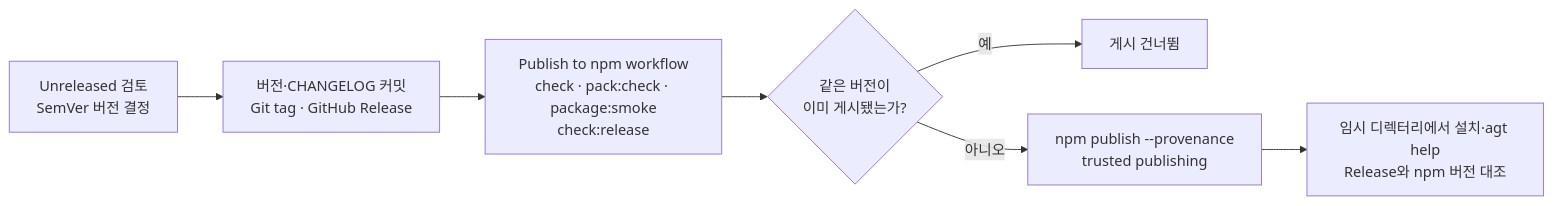
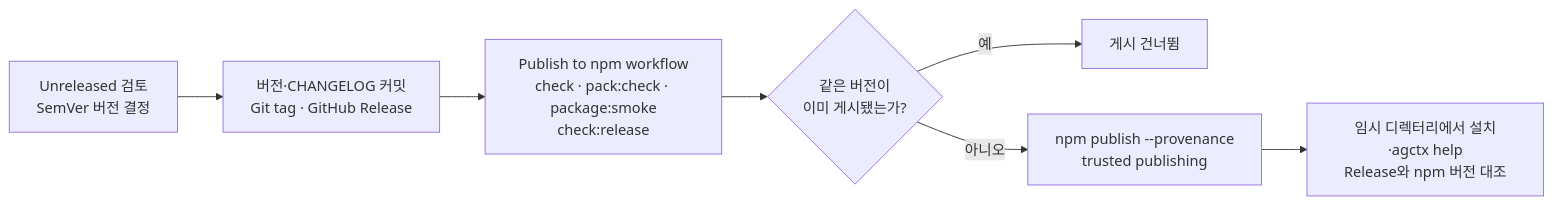
The second of 2 diagrams in docs/repository-operations.md (IsthisLee/agent-context-manager), drawn with Mermaid before and after one commit. The commit also changed other lines of this file and 73 other files, not shown here.

````diff
--- a/docs/repository-operations.md
+++ b/docs/repository-operations.md
@@ -75,9 +75,9 @@
 ```mermaid
 flowchart LR
   CHANGE["Unreleased 검토<br/>SemVer 버전 결정"] --> TAG["버전·CHANGELOG 커밋<br/>Git tag · GitHub Release"]
   TAG --> WF["Publish to npm workflow<br/>check · pack:check · package:smoke<br/>check:release"]
   WF --> EXIST{"같은 버전이<br/>이미 게시됐는가?"}
   EXIST -->|"예"| SKIP["게시 건너뜀"]
   EXIST -->|"아니오"| PUBLISH["npm publish --provenance<br/>trusted publishing"]
-  PUBLISH --> CONFIRM["임시 디렉터리에서 설치·agt help<br/>Release와 npm 버전 대조"]
+  PUBLISH --> CONFIRM["임시 디렉터리에서 설치·agctx help<br/>Release와 npm 버전 대조"]
 ```
````
